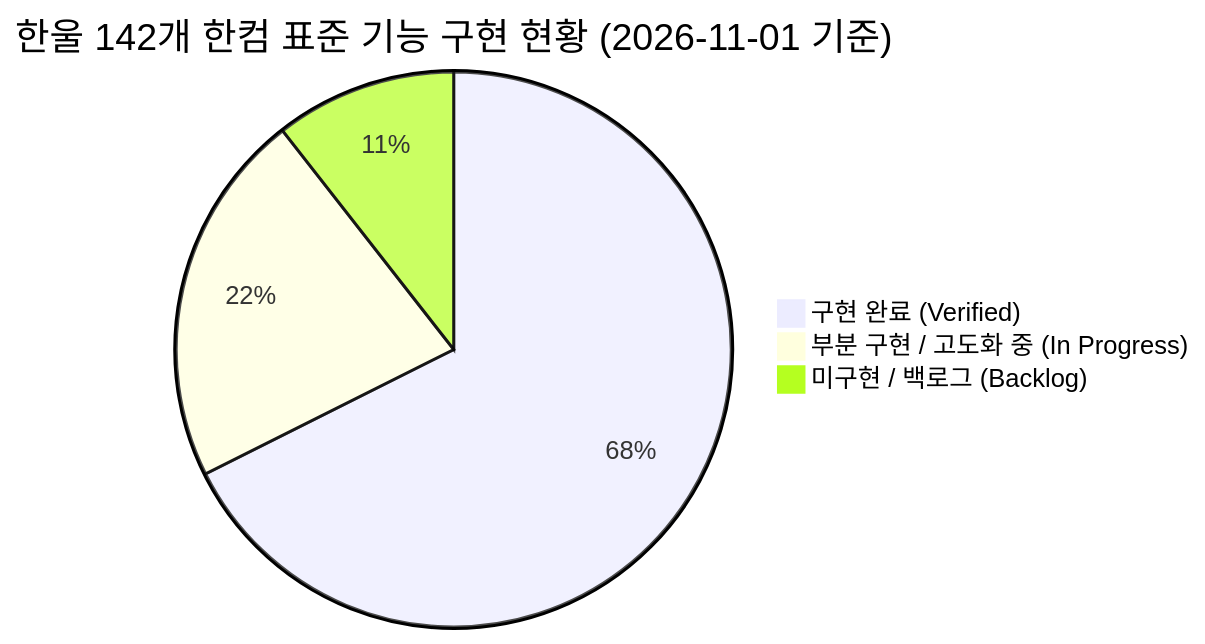
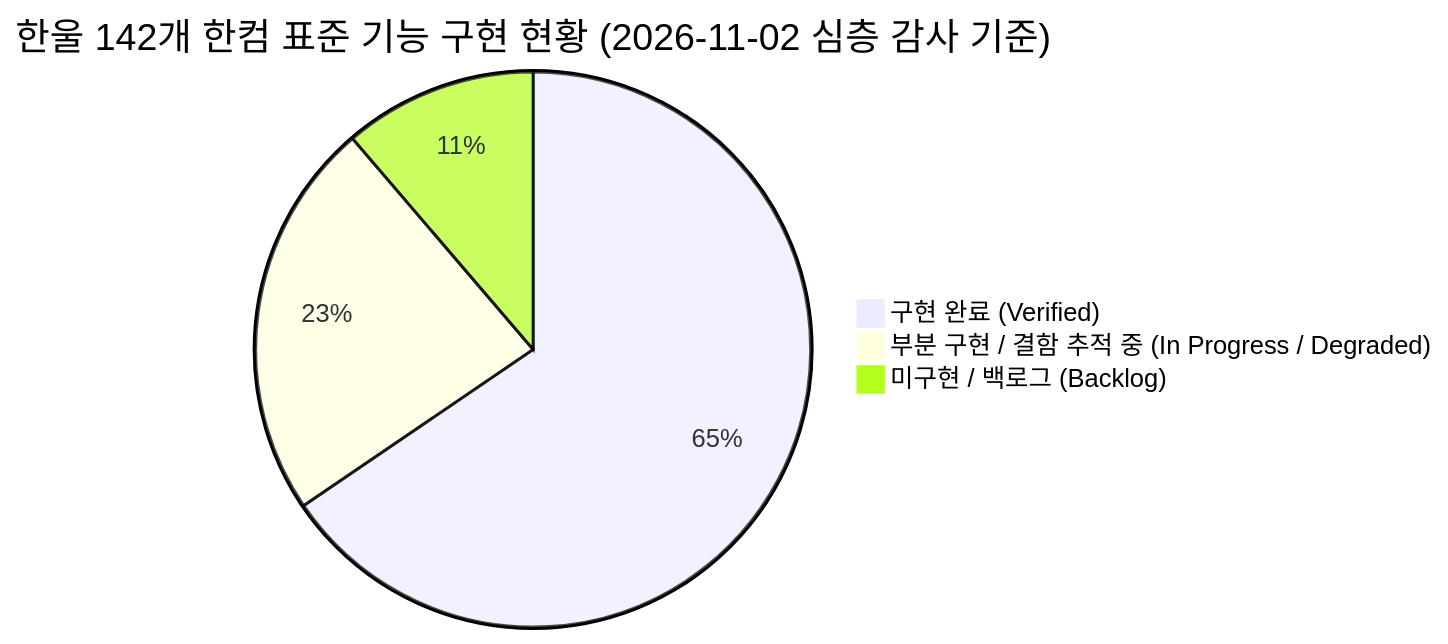
One commit to iamywl/hanul-hwpx changed the first of 3 diagrams in docs/SPEC_AND_TRACKING_MATRIX.md. Above: the diagram before and after it, drawn with Mermaid. The commit also changed other lines of this file and 3 other files, not shown here.

````diff
--- a/docs/SPEC_AND_TRACKING_MATRIX.md
+++ b/docs/SPEC_AND_TRACKING_MATRIX.md
@@ -12,6 +13,6 @@
 ```mermaid
-pie title 한울 142개 한컴 표준 기능 구현 현황 (2026-11-01 기준)
-    "구현 완료 (Verified)" : 96
-    "부분 구현 / 고도화 중 (In Progress)" : 31
-    "미구현 / 백로그 (Backlog)" : 15
+pie title 한울 142개 한컴 표준 기능 구현 현황 (2026-11-02 심층 감사 기준)
+    "구현 완료 (Verified)" : 93
+    "부분 구현 / 결함 추적 중 (In Progress / Degraded)" : 33
+    "미구현 / 백로그 (Backlog)" : 16
 ```
````
